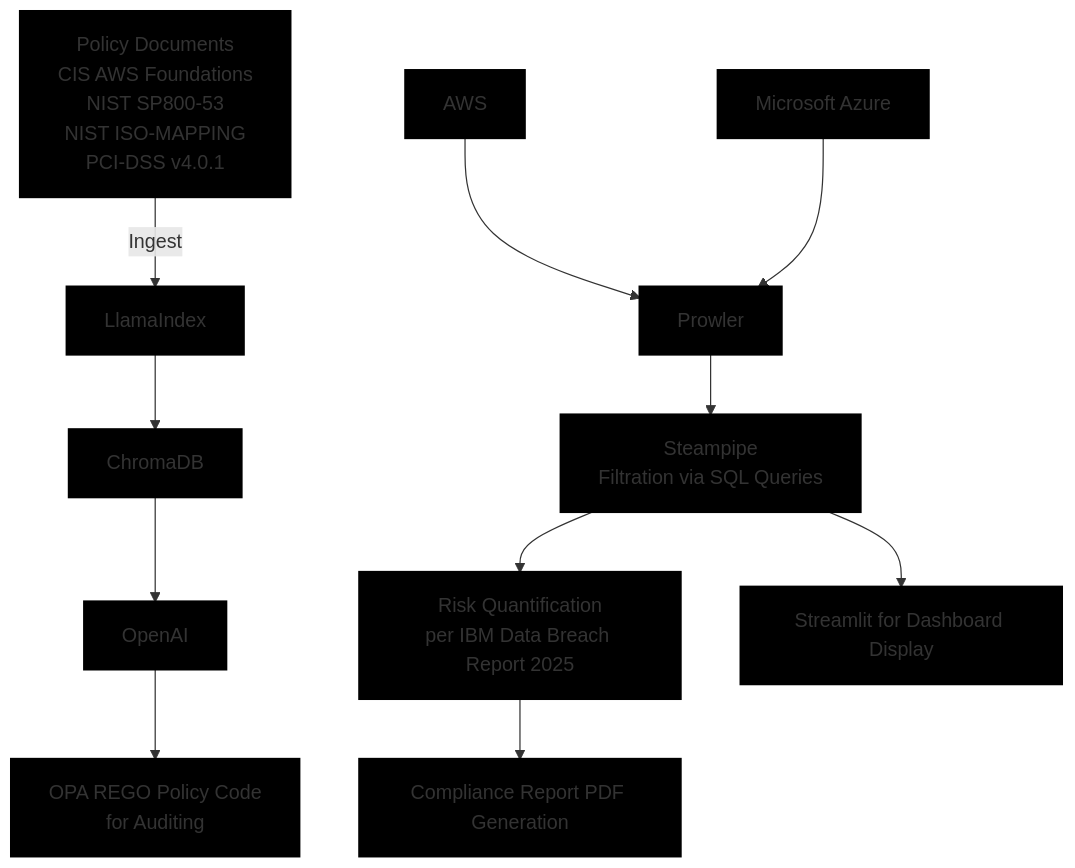
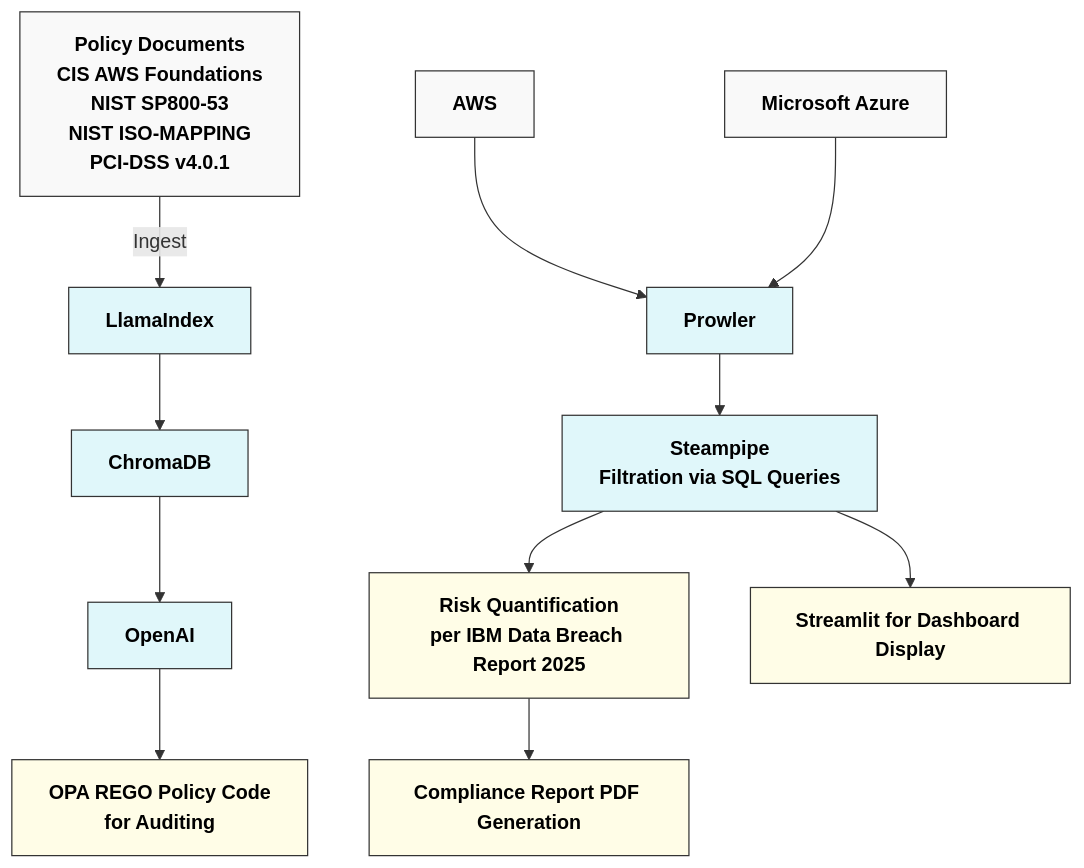
One commit to devjoshi2005/Grc-Compliance-Engine changed the diagram in README.md. Above: the diagram before and after it, drawn with Mermaid.

Commit message:
Update styles in README for better visibility

````diff
--- a/README.md
+++ b/README.md
@@ -6,26 +6,26 @@
 ```mermaid
 graph TD
     A[Policy Documents<br>CIS AWS Foundations<br>NIST SP800-53<br>NIST ISO-MAPPING<br>PCI-DSS v4.0.1] -->|Ingest| B[LlamaIndex]
     C[AWS] --> D[Prowler]
     E[Microsoft Azure] --> D
     B --> F[ChromaDB]
     F --> G[OpenAI]
     D --> H[Steampipe<br>Filtration via SQL Queries]
     G --> I[OPA REGO Policy Code<br>for Auditing]
     H --> J[Risk Quantification<br>per IBM Data Breach Report 2025]
     J --> K[Compliance Report PDF Generation]
     H --> L[Streamlit for Dashboard Display]
 
-    style A fill:#000000,stroke:#000,stroke-width:3px
-style C fill:#000000,stroke:#000,stroke-width:3px
-style E fill:#000000,stroke:#000,stroke-width:3px
-style B fill:#000000,stroke:#000,stroke-width:3px
-style D fill:#000000,stroke:#000,stroke-width:3px
-style F fill:#000000,stroke:#000,stroke-width:3px
-style G fill:#000000,stroke:#000,stroke-width:3px
-style H fill:#000000,stroke:#000,stroke-width:3px
-style I fill:#000000,stroke:#000,stroke-width:3px
-style J fill:#000000,stroke:#000,stroke-width:3px
-style K fill:#000000,stroke:#000,stroke-width:3px
-style L fill:#000000,stroke:#000,stroke-width:3px   
+    style A fill:#f9f9f9,stroke:#333,color:#000,font-weight:bold
+style C fill:#f9f9f9,stroke:#333,color:#000,font-weight:bold
+style E fill:#f9f9f9,stroke:#333,color:#000,font-weight:bold
+style B fill:#e0f7fa,stroke:#333,color:#000,font-weight:bold
+style D fill:#e0f7fa,stroke:#333,color:#000,font-weight:bold
+style F fill:#e0f7fa,stroke:#333,color:#000,font-weight:bold
+style G fill:#e0f7fa,stroke:#333,color:#000,font-weight:bold
+style H fill:#e0f7fa,stroke:#333,color:#000,font-weight:bold
+style I fill:#fffde7,stroke:#333,color:#000,font-weight:bold
+style J fill:#fffde7,stroke:#333,color:#000,font-weight:bold
+style K fill:#fffde7,stroke:#333,color:#000,font-weight:bold
+style L fill:#fffde7,stroke:#333,color:#000,font-weight:bold
 ```
````
